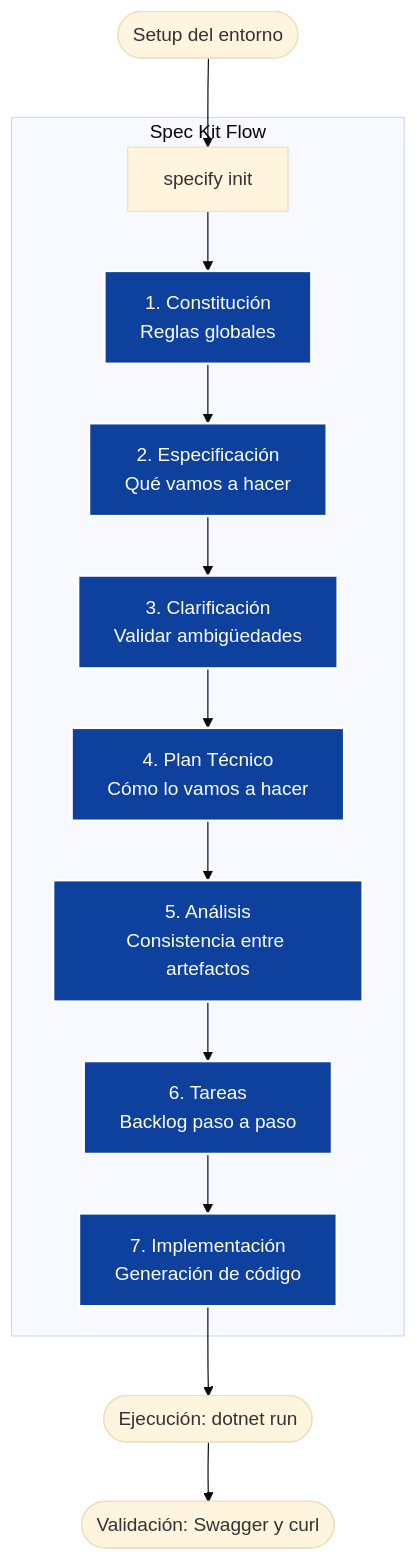
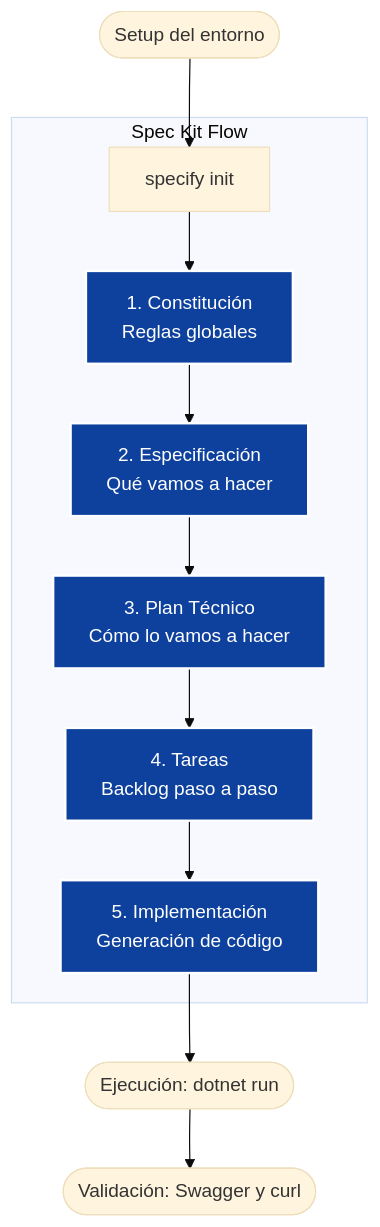
The diagram in README.md (armandoblanco/taller-speckit), drawn with Mermaid (base theme) before and after one commit. The commit also changed other lines of this file and 2 other files, not shown here.

````diff
--- a/README.md
+++ b/README.md
@@ -46,20 +47,18 @@
 ```mermaid
 flowchart TD
   A([Setup del entorno]) --> B[specify init]
-
+  
   subgraph Spec Kit Flow
-    B --> C[1. Constitución\nReglas globales]
-    C --> D[2. Especificación\nQué vamos a hacer]
-    D --> CL[3. Clarificación\nValidar ambigüedades]
-    CL --> E[4. Plan Técnico\nCómo lo vamos a hacer]
-    E --> AN[5. Análisis\nConsistencia entre artefactos]
-    AN --> F[6. Tareas\nBacklog paso a paso]
-    F --> G[7. Implementación\nGeneración de código]
+    B --> C[1. Constitución <br/> Reglas globales]
+    C --> D[2. Especificación <br/> Qué vamos a hacer]
+    D --> E[3. Plan Técnico <br/> Cómo lo vamos a hacer]
+    E --> F[4. Tareas <br/> Backlog paso a paso]
+    F --> G[5. Implementación <br/> Generación de código]
   end
-
+  
   G --> H([Ejecución: dotnet run])
   H --> I([Validación: Swagger y curl])
 
   classDef ai fill:#0d419d,stroke:#fff,stroke-width:2px,color:#fff;
-  class C,D,CL,E,AN,F,G ai;
+  class C,D,E,F,G ai;
 ```
````
